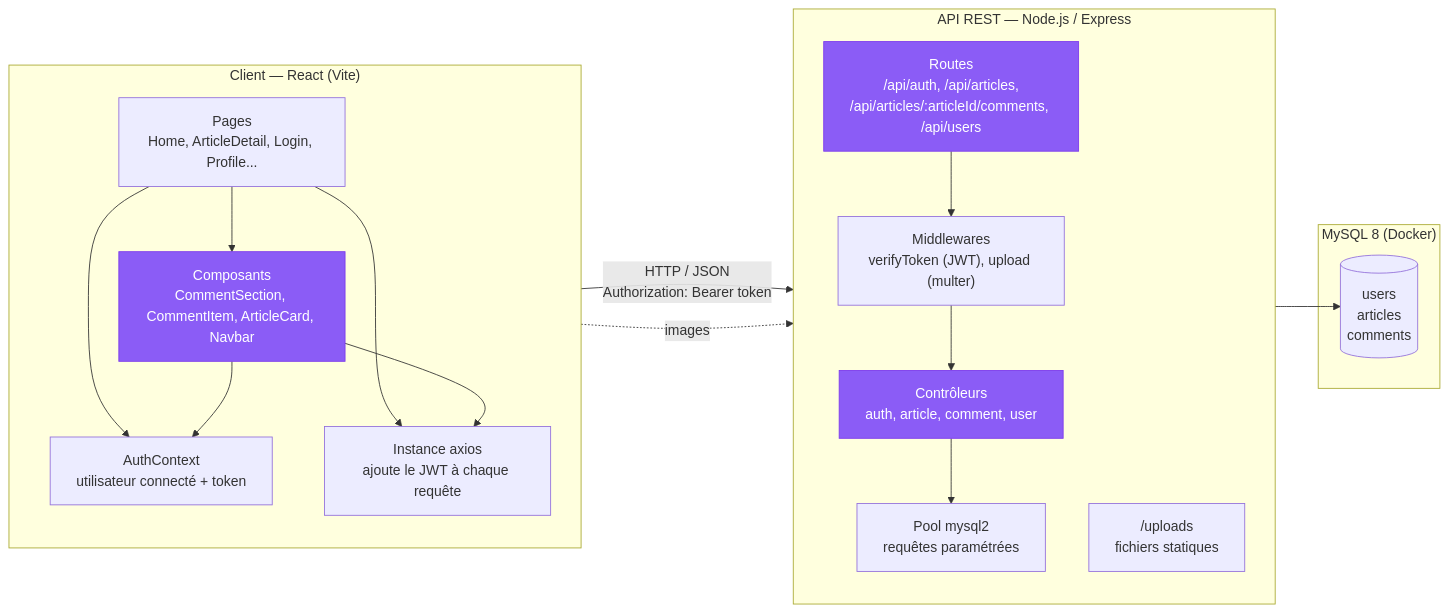
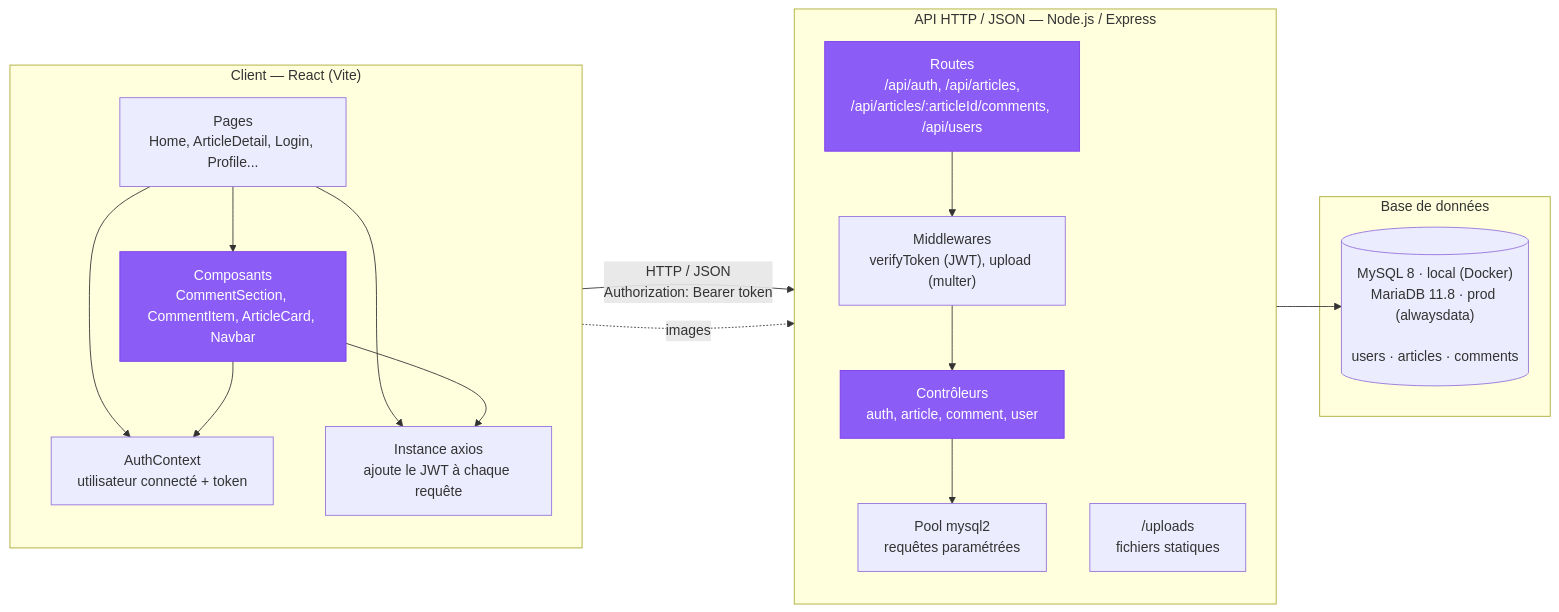
Before and after one commit to GautierDeMo/bloc-3-exam-blanc: the first of 3 diagrams in docs/modelisation.md, drawn with Mermaid.

Commit message:
docs: clarify API wording and database engines in architecture diagram

````diff
--- a/docs/modelisation.md
+++ b/docs/modelisation.md
@@ -15,36 +15,37 @@
 ```mermaid
 flowchart LR
     subgraph Client["Client — React (Vite)"]
         direction TB
         Pages["Pages<br/>Home, ArticleDetail, Login, Profile..."]
         Comp["Composants<br/>CommentSection, CommentItem, ArticleCard, Navbar"]
         Ctx["AuthContext<br/>utilisateur connecté + token"]
         Axios["Instance axios<br/>ajoute le JWT à chaque requête"]
         Pages --> Comp
         Pages --> Ctx
         Comp --> Ctx
         Pages --> Axios
         Comp --> Axios
     end
 
-    subgraph API["API REST — Node.js / Express"]
+    subgraph API["API HTTP / JSON — Node.js / Express"]
         direction TB
         Routes["Routes<br/>/api/auth, /api/articles,<br/>/api/articles/:articleId/comments, /api/users"]
         MW["Middlewares<br/>verifyToken (JWT), upload (multer)"]
         Ctrl["Contrôleurs<br/>auth, article, comment, user"]
         Pool["Pool mysql2<br/>requêtes paramétrées"]
         Static["/uploads<br/>fichiers statiques"]
         Routes --> MW --> Ctrl --> Pool
     end
 
-    subgraph DB["MySQL 8 (Docker)"]
-        Tables[("users<br/>articles<br/>comments")]
+        subgraph DB["Base de données"]
+        Tables[("MySQL 8 · local (Docker)<br/>MariaDB 11.8 · prod (alwaysdata)<br/><br/>users · articles · comments")]
     end
+
 
     Axios -->|"HTTP / JSON<br/>Authorization: Bearer token"| Routes
     Pages -.->|images| Static
     Pool --> Tables
 
     classDef feature fill:#8b5cf6,stroke:#7c3aed,color:#fff
     class Comp,Routes,Ctrl feature
 ```
````
